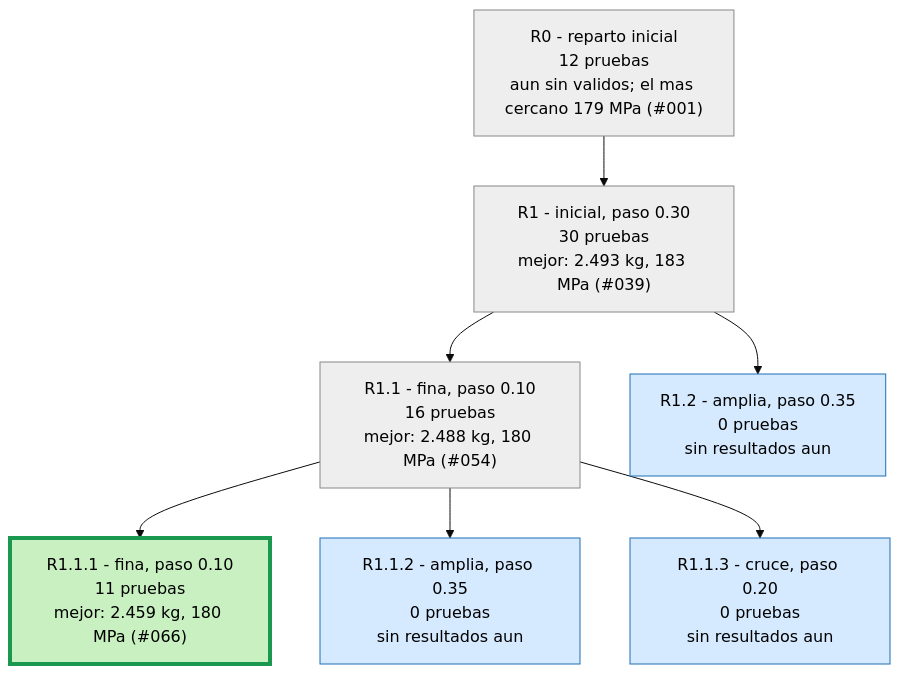
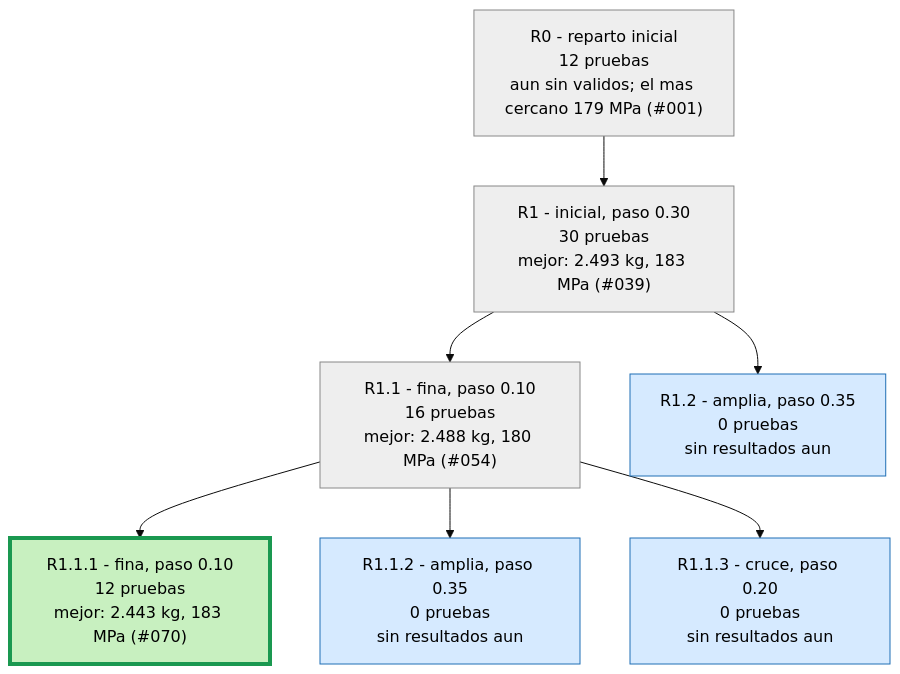
Before and after one commit to Hugiko/msd-soporte-optimizacion: the second of 3 diagrams in runs/opt_37800N/ARBOL.md, drawn with Mermaid (base theme). The commit also changed 43 other files, not shown here.

Commit message:
NUEVO MEJOR DISENO: 2.443 kg, 183 MPa (Refuerzo + vaciado 070)

````diff
--- a/runs/opt_37800N/ARBOL.md
+++ b/runs/opt_37800N/ARBOL.md
@@ -25,19 +25,19 @@
 ```mermaid
 graph TD
 classDef activa fill:#d6eaff,stroke:#1f6fb5,color:#000
 classDef fin fill:#eeeeee,stroke:#888,color:#000
 classDef mejor fill:#c8f0c0,stroke:#1a9850,stroke-width:4px,color:#000
 R0["R0 - reparto inicial<br/>12 pruebas<br/>aun sin validos; el mas cercano 179 MPa (#001)"]:::fin
 R1["R1 - inicial, paso 0.30<br/>30 pruebas<br/>mejor: 2.493 kg, 183 MPa (#039)"]:::fin
 R0 --> R1
 R1_1["R1.1 - fina, paso 0.10<br/>16 pruebas<br/>mejor: 2.488 kg, 180 MPa (#054)"]:::fin
 R1 --> R1_1
 R1_2["R1.2 - amplia, paso 0.35<br/>0 pruebas<br/>sin resultados aun"]:::activa
 R1 --> R1_2
-R1_1_1["R1.1.1 - fina, paso 0.10<br/>11 pruebas<br/>mejor: 2.459 kg, 180 MPa (#066)"]:::mejor
+R1_1_1["R1.1.1 - fina, paso 0.10<br/>12 pruebas<br/>mejor: 2.443 kg, 183 MPa (#070)"]:::mejor
 R1_1 --> R1_1_1
 R1_1_2["R1.1.2 - amplia, paso 0.35<br/>0 pruebas<br/>sin resultados aun"]:::activa
 R1_1 --> R1_1_2
 R1_1_3["R1.1.3 - cruce, paso 0.20<br/>0 pruebas<br/>sin resultados aun"]:::activa
 R1_1 --> R1_1_3
 ```
````
